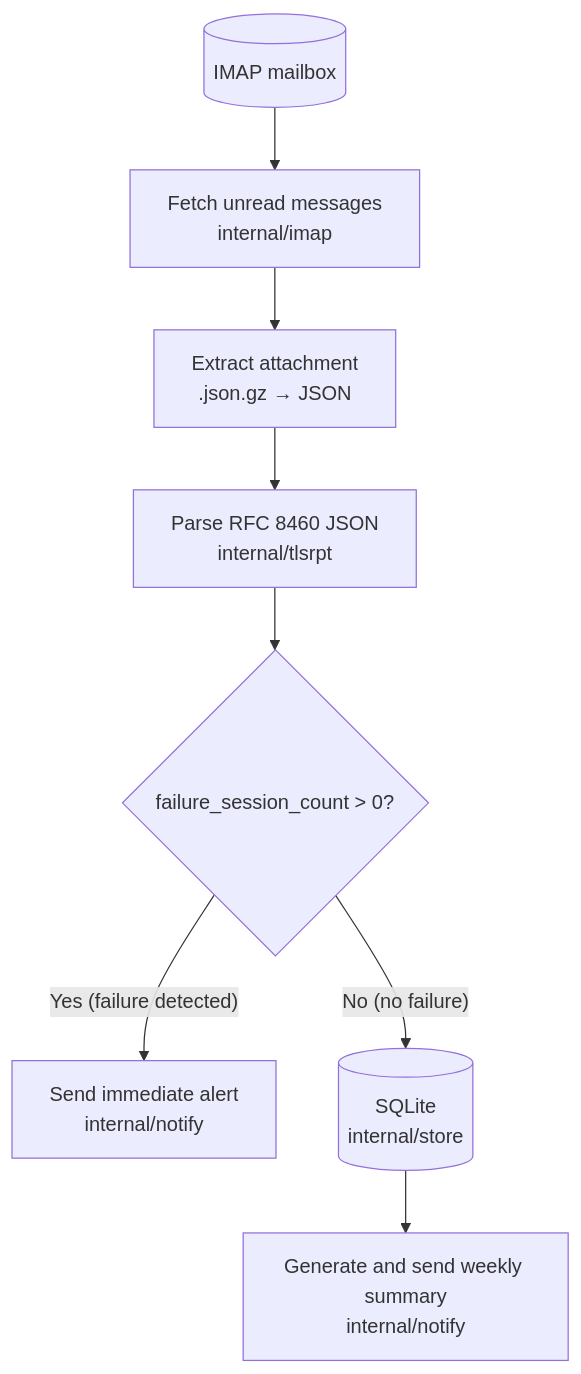
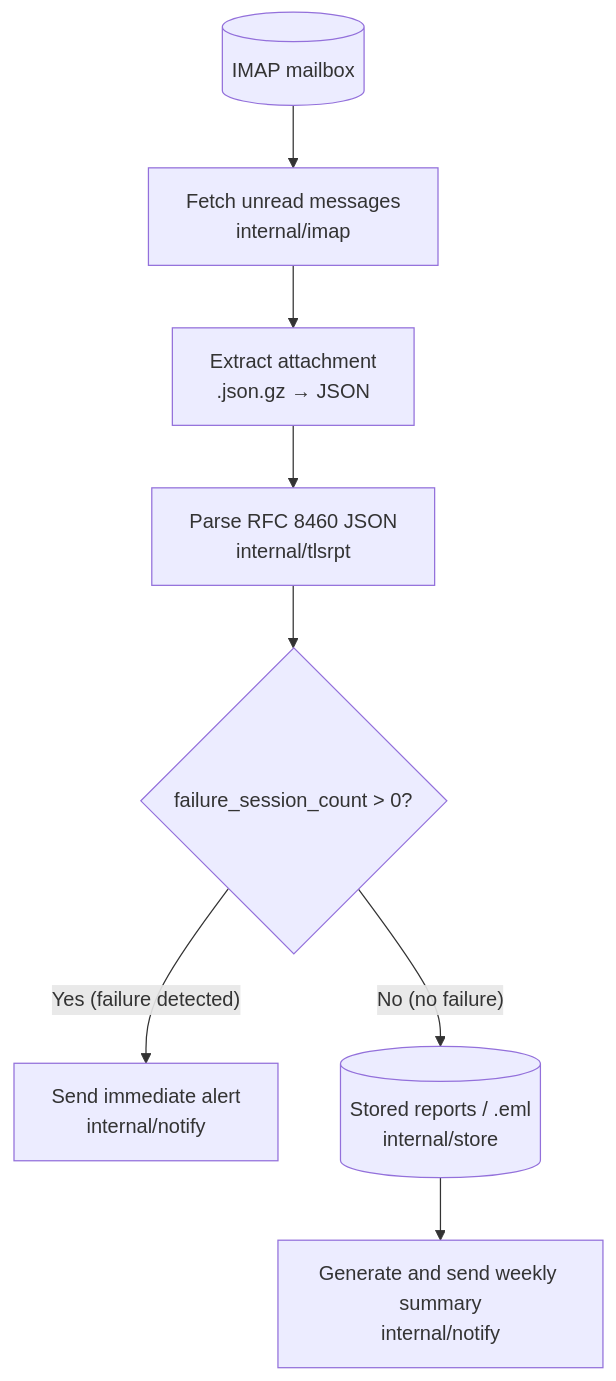
The first of 2 diagrams in docs/overview.md (isseis/tlsrpt-digest), drawn with Mermaid before and after one commit. The commit also changed other lines of this file and 1 other file, not shown here.

````diff
--- a/docs/overview.md
+++ b/docs/overview.md
@@ -26,19 +26,19 @@
 ```mermaid
 flowchart TD
     A[("IMAP mailbox")]
     B["Fetch unread messages<br>internal/imap"]
     C["Extract attachment<br>.json.gz → JSON"]
     D["Parse RFC 8460 JSON<br>internal/tlsrpt"]
     E{"failure_session_count > 0?"}
     F["Send immediate alert<br>internal/notify"]
-    G[("SQLite<br>internal/store")]
+    G[("Stored reports / .eml<br>internal/store")]
     H["Generate and send weekly summary<br>internal/notify"]
 
     A --> B
     B --> C
     C --> D
     D --> E
     E -- "Yes (failure detected)" --> F
     E -- "No (no failure)" --> G
     G --> H
 ```
````
